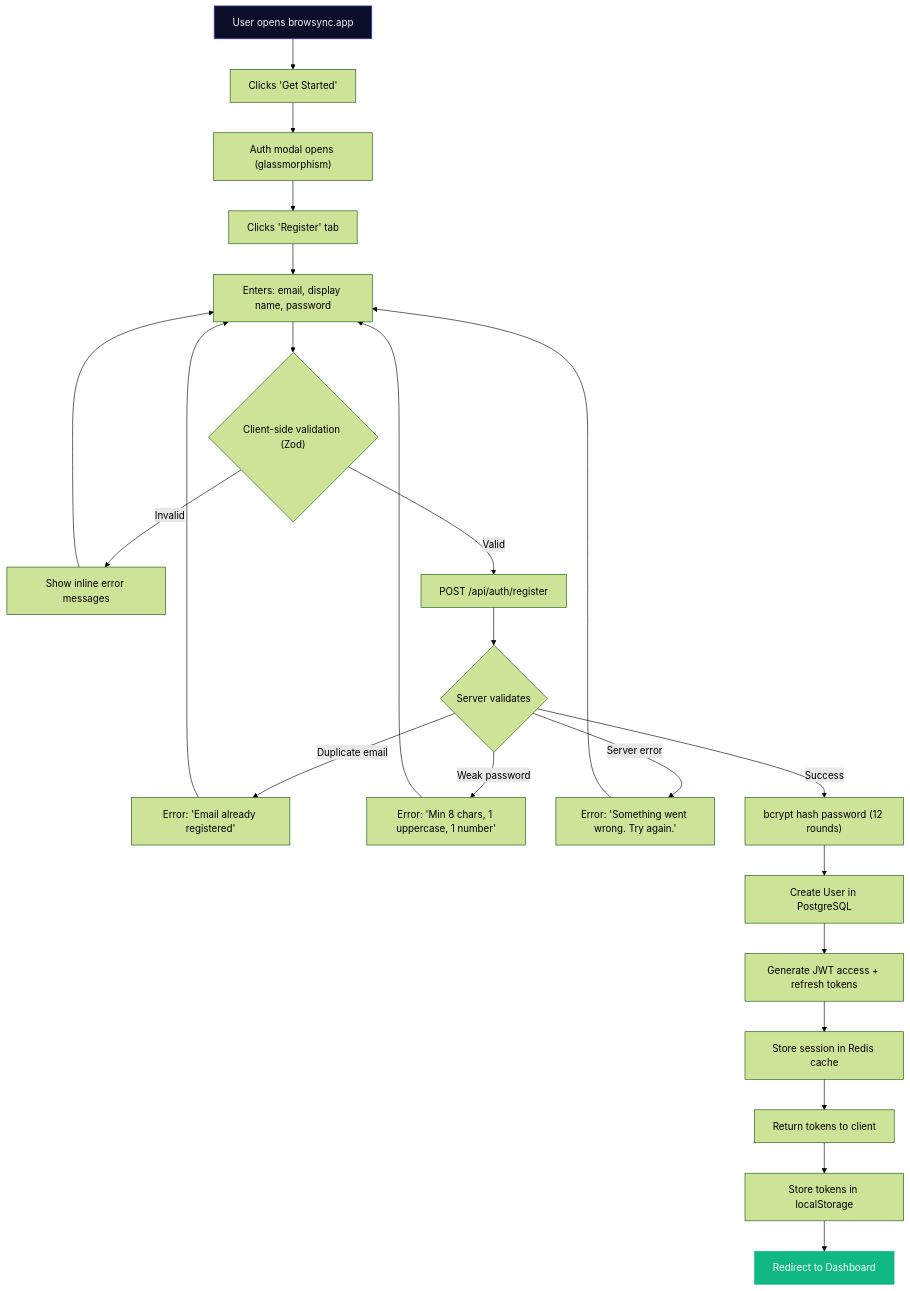
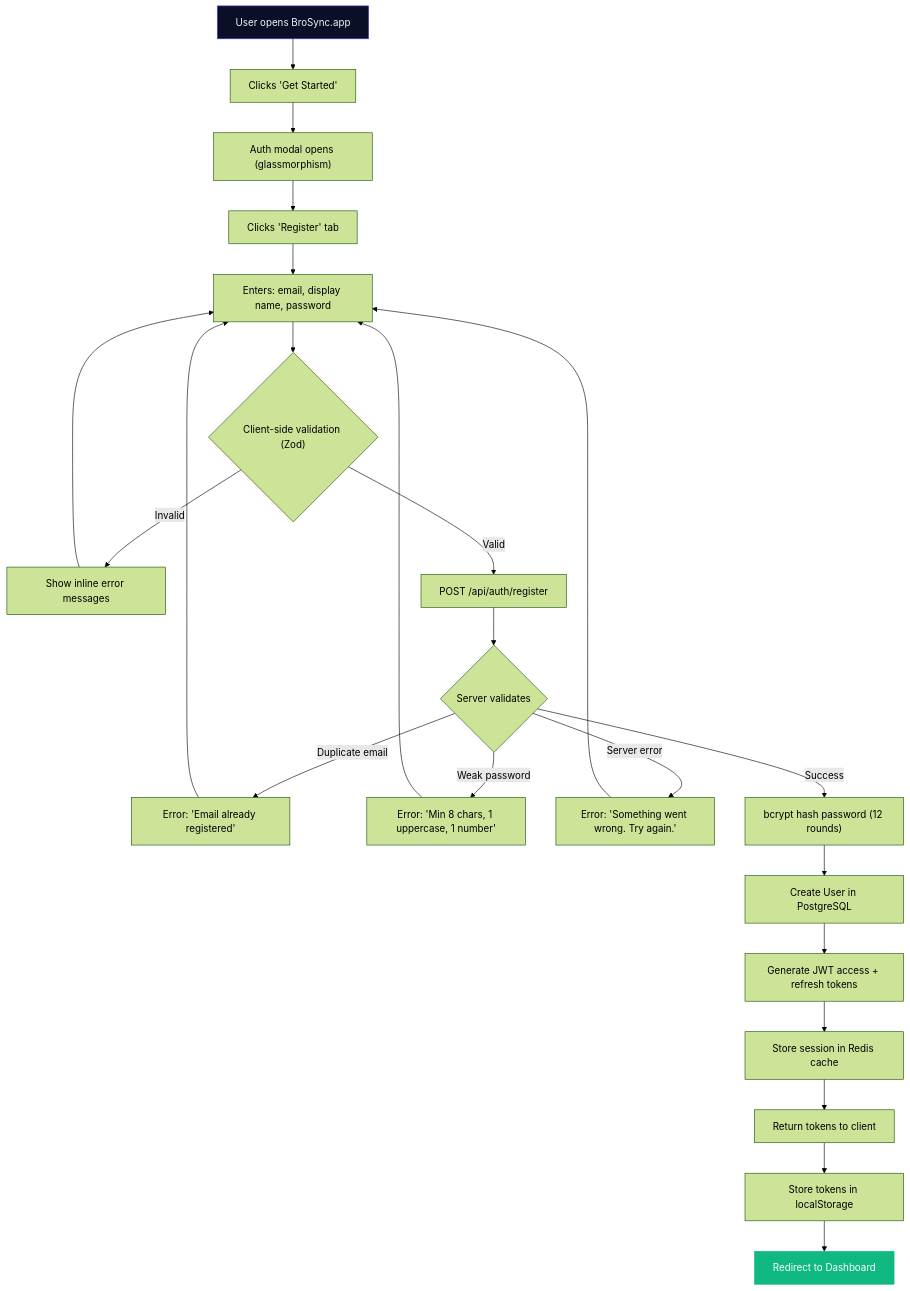
Before and after one commit to mohammedsuhail0/seamless: the first of 19 diagrams in docs/04_App_Flow_Document.md, drawn with Mermaid (forest theme). The commit also changed other lines of this file and 100 other files, not shown here.

Commit message:
feat(core): harden security, rebrand to BroSync, add Capacitor Android APK & WebRTC multi-tier fallback

````diff
--- a/docs/04_App_Flow_Document.md
+++ b/docs/04_App_Flow_Document.md
@@ -10,28 +10,28 @@
 ```mermaid
 flowchart TD
-    A["User opens browsync.app"] --> B["Clicks 'Get Started'"]
+    A["User opens BroSync.app"] --> B["Clicks 'Get Started'"]
     B --> C["Auth modal opens (glassmorphism)"]
     C --> D["Clicks 'Register' tab"]
     D --> E["Enters: email, display name, password"]
     E --> F{"Client-side validation (Zod)"}
     F -->|"Invalid"| G["Show inline error messages"]
     G --> E
     F -->|"Valid"| H["POST /api/auth/register"]
     H --> I{"Server validates"}
     I -->|"Duplicate email"| J["Error: 'Email already registered'"]
     I -->|"Weak password"| K["Error: 'Min 8 chars, 1 uppercase, 1 number'"]
     I -->|"Server error"| L["Error: 'Something went wrong. Try again.'"]
     J --> E
     K --> E
     L --> E
     I -->|"Success"| M["bcrypt hash password (12 rounds)"]
     M --> N["Create User in PostgreSQL"]
     N --> O["Generate JWT access + refresh tokens"]
     O --> P["Store session in Redis cache"]
     P --> Q["Return tokens to client"]
     Q --> R["Store tokens in localStorage"]
     R --> S["Redirect to Dashboard"]
 
     style A fill:#0a0e27,stroke:#4f46e5,color:#f1f5f9
     style S fill:#10b981,stroke:#10b981,color:#fff
 ```
````
